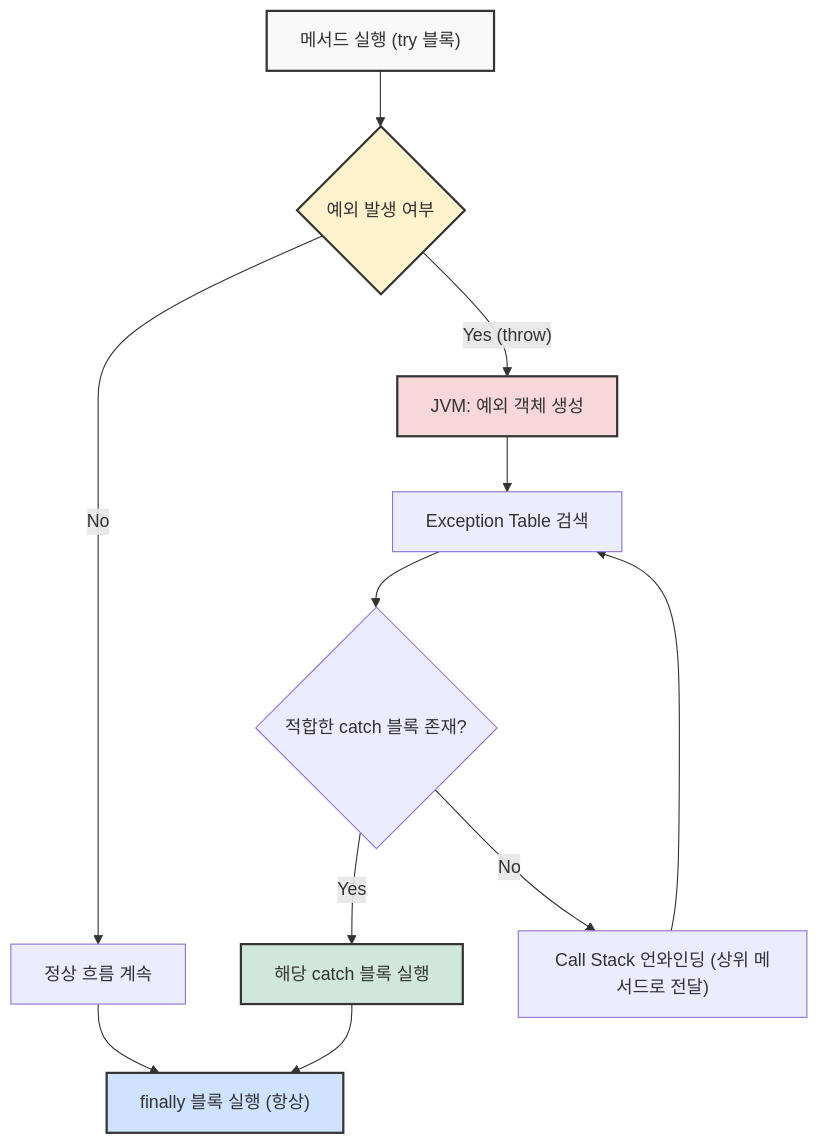
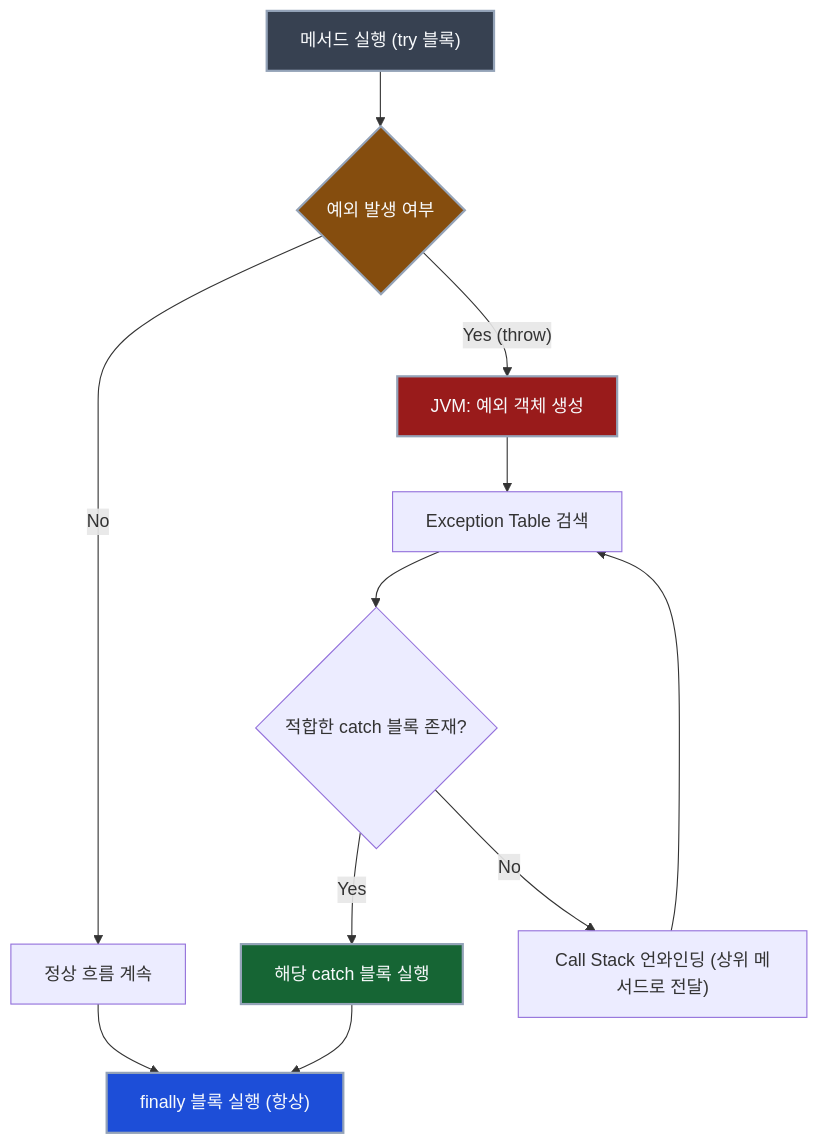
Before and after one commit to Kang-Hyesung/kang-hyesung.github.io: the first of 2 diagrams in _posts/java/11-예외처리/2026-02-26-try,-catch,-finally.md, drawn with Mermaid. The commit also changed other lines of this file and 74 other files, not shown here.

Commit message:
docs: update post visibility and mermaid colors

````diff
--- a/_posts/java/11-예외처리/2026-02-26-try,-catch,-finally.md
+++ b/_posts/java/11-예외처리/2026-02-26-try,-catch,-finally.md
@@ -18,23 +18,23 @@
 ```mermaid
 graph TD
     A["메서드 실행 (try 블록)"] --> B{"예외 발생 여부"}
     B -- "No" --> C["정상 흐름 계속"]
     B -- "Yes (throw)" --> D["JVM: 예외 객체 생성"]
     
     D --> E["Exception Table 검색"]
     E --> F{"적합한 catch 블록 존재?"}
     
     F -- "Yes" --> G["해당 catch 블록 실행"]
     F -- "No" --> H["Call Stack 언와인딩 (상위 메서드로 전달)"]
     H --> E
     
     G --> I["finally 블록 실행 (항상)"]
     C --> I
     
-    style A fill:#f9f9f9,stroke:#333,stroke-width:2px
-    style B fill:#fff3cd,stroke:#333,stroke-width:2px
-    style D fill:#f8d7da,stroke:#333,stroke-width:2px
-    style G fill:#d1e7dd,stroke:#333,stroke-width:2px
-    style I fill:#cfe2ff,stroke:#333,stroke-width:2px
+    style A fill:#374151,stroke:#94a3b8,stroke-width:2px,color:#f8fafc
+    style B fill:#854d0e,stroke:#94a3b8,stroke-width:2px,color:#f8fafc
+    style D fill:#991b1b,stroke:#94a3b8,stroke-width:2px,color:#f8fafc
+    style G fill:#166534,stroke:#94a3b8,stroke-width:2px,color:#f8fafc
+    style I fill:#1d4ed8,stroke:#94a3b8,stroke-width:2px,color:#f8fafc
 
 ```
````
